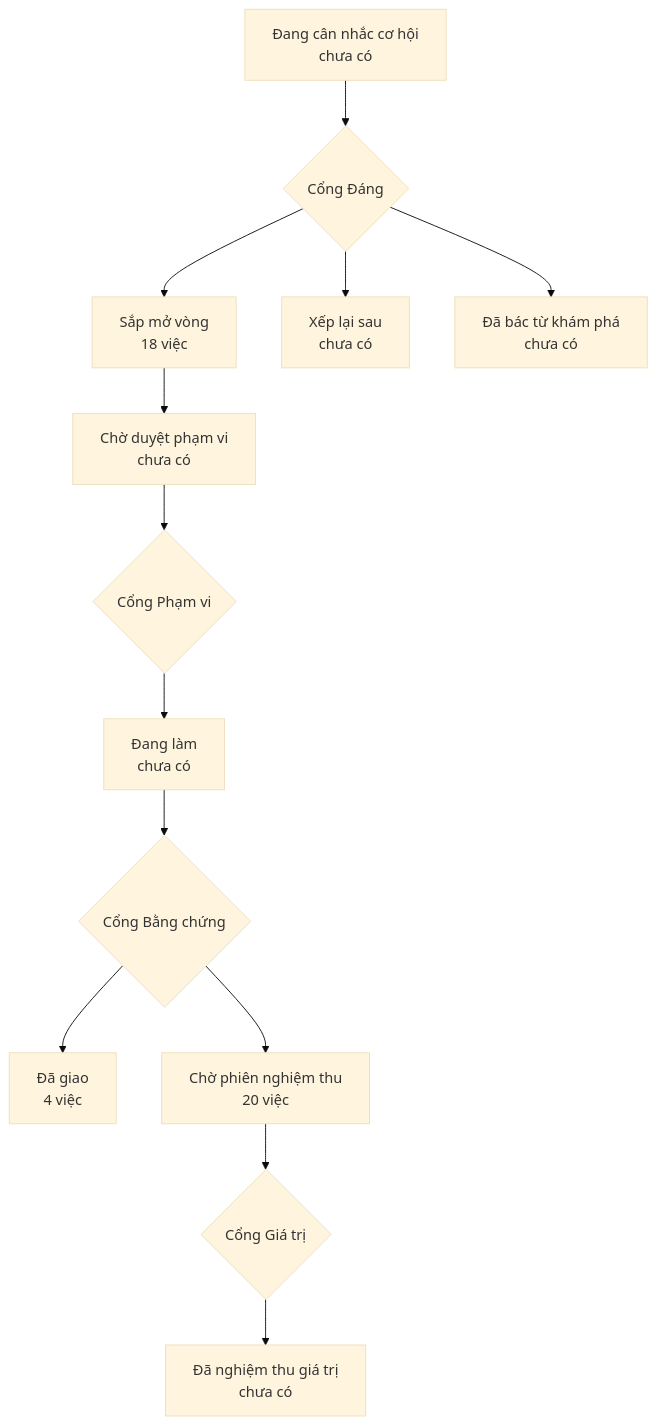
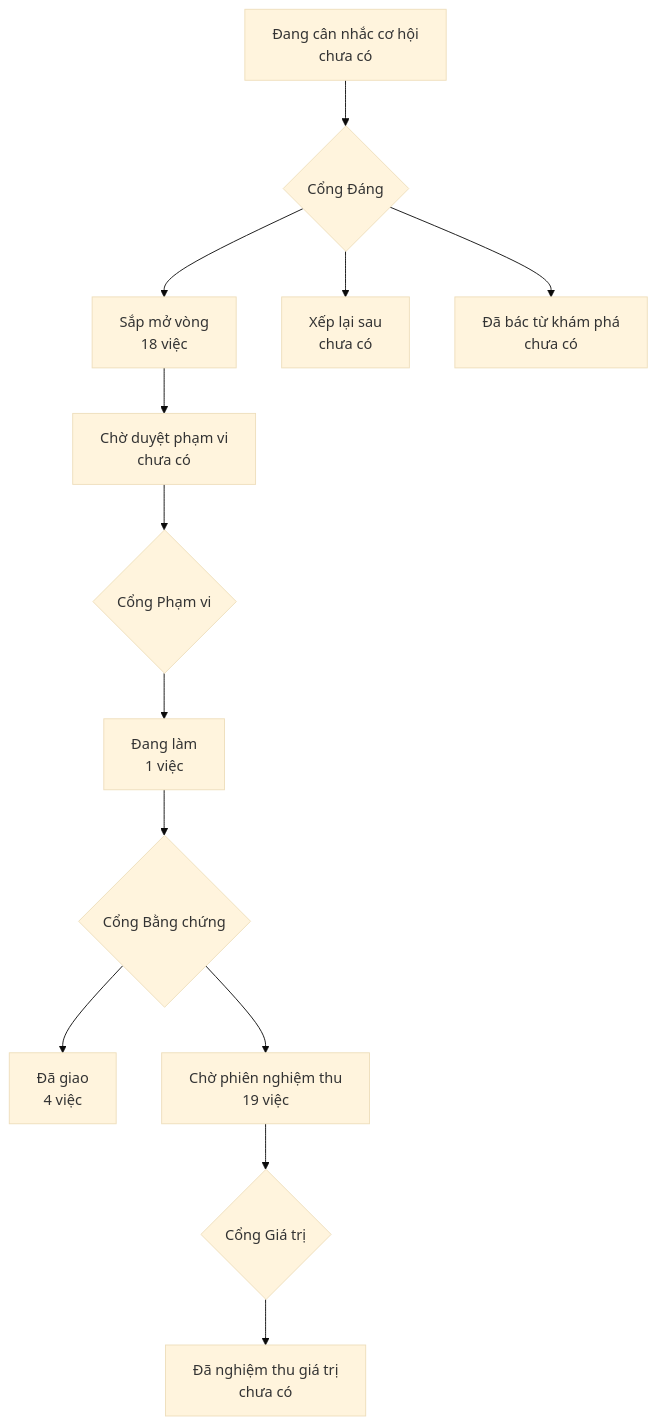
The diagram in PRODUCT-MAP.md (phanlemanh/onehub-quy-hang), drawn with Mermaid (base theme) before and after one commit. The commit also changed other lines of this file and 2 other files, not shown here.

Commit message:
chore(dong-bo-tu-lanh): hạ về verified để mời ký Cổng Bằng chứng
Lưới trước-gộp của kit 2.36.0 đọc lib theo gốc kho tiêu thụ nên chặn mọi hồ sơ machine-cleared
(fail-closed «không đọc được mục Known limits»); đi đường ký người như thông điệp lưới chỉ.

````diff
--- a/PRODUCT-MAP.md
+++ b/PRODUCT-MAP.md
@@ -7,12 +7,12 @@
 ```mermaid
 flowchart TD
   A["Đang cân nhắc cơ hội<br/>chưa có"] --> GD{"Cổng Đáng"}
   GD --> B["Sắp mở vòng<br/>18 việc"]
   GD --> XL["Xếp lại sau<br/>chưa có"]
   GD --> DB["Đã bác từ khám phá<br/>chưa có"]
   B --> CD["Chờ duyệt phạm vi<br/>chưa có"] --> GP{"Cổng Phạm vi"}
-  GP --> DL["Đang làm<br/>chưa có"] --> GB{"Cổng Bằng chứng"}
+  GP --> DL["Đang làm<br/>1 việc"] --> GB{"Cổng Bằng chứng"}
   GB --> DG["Đã giao<br/>4 việc"]
-  GB --> CN["Chờ phiên nghiệm thu<br/>20 việc"] --> GG{"Cổng Giá trị"}
+  GB --> CN["Chờ phiên nghiệm thu<br/>19 việc"] --> GG{"Cổng Giá trị"}
   GG --> NT["Đã nghiệm thu giá trị<br/>chưa có"]
 ```
````
